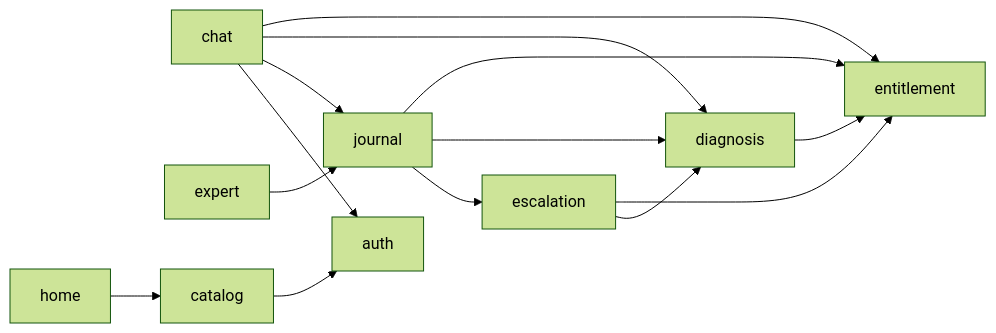
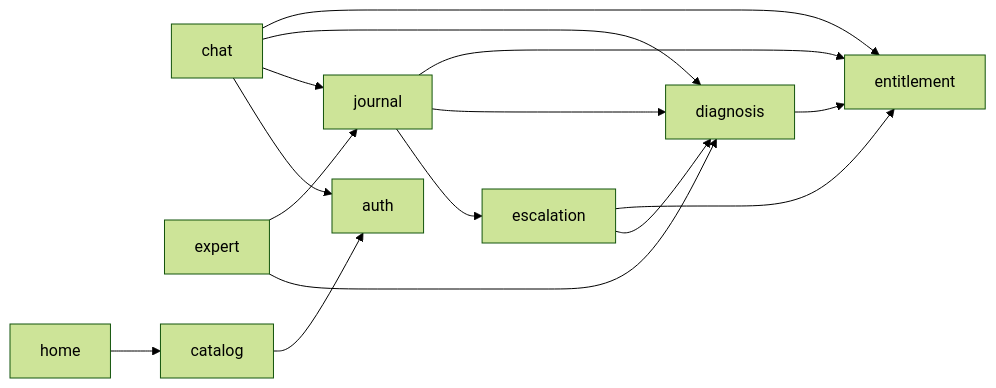
Before and after one commit to DaniilTsitavets/diploma-growpath-frontend: the second of 2 diagrams in docs/architecture.md, drawn with Mermaid (forest theme). The commit also changed other lines of this file and 1 other file, not shown here.

Commit message:
Link the testing guide and bring the architecture notes up to date

````diff
--- a/docs/architecture.md
+++ b/docs/architecture.md
@@ -67,18 +67,19 @@
 ```mermaid
 flowchart LR
   entitlement
   auth
   diagnosis --> entitlement
   escalation --> entitlement
   escalation --> diagnosis
   journal --> entitlement
   journal --> diagnosis
   journal --> escalation
   chat --> entitlement
   chat --> diagnosis
   chat --> journal
   chat --> auth
   expert --> journal
+  expert --> diagnosis
   catalog --> auth
   home --> catalog
 ```
````
